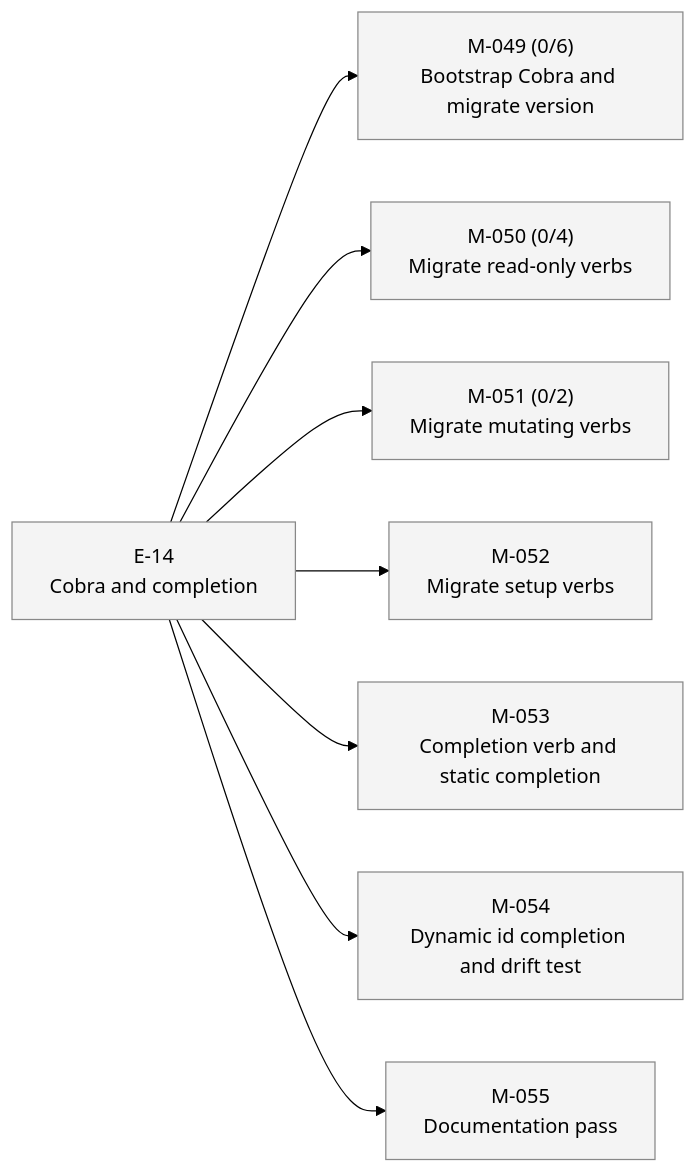
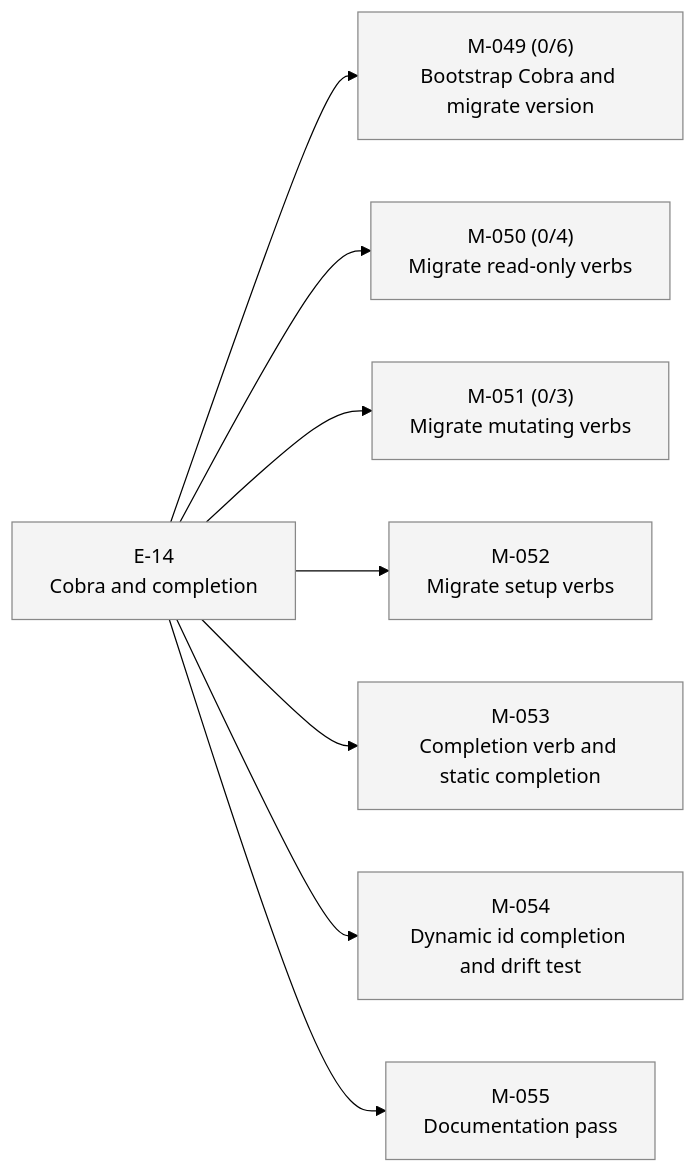
One commit to 23min/aiwf changed the second of 2 diagrams in STATUS.md. Above: the diagram before and after it, drawn with Mermaid (forest theme). The commit also changed other lines of this file and 1 other file, not shown here.

````diff
--- a/STATUS.md
+++ b/STATUS.md
@@ -38,24 +38,24 @@
 ```mermaid
 flowchart LR
   E_14["E-14<br/>Cobra and completion"]:::epic_proposed
   M_049["M-049 (0/6)<br/>Bootstrap Cobra and migrate version"]:::ms_draft
   E_14 --> M_049
   M_050["M-050 (0/4)<br/>Migrate read-only verbs"]:::ms_draft
   E_14 --> M_050
-  M_051["M-051 (0/2)<br/>Migrate mutating verbs"]:::ms_draft
+  M_051["M-051 (0/3)<br/>Migrate mutating verbs"]:::ms_draft
   E_14 --> M_051
   M_052["M-052<br/>Migrate setup verbs"]:::ms_draft
   E_14 --> M_052
   M_053["M-053<br/>Completion verb and static completion"]:::ms_draft
   E_14 --> M_053
   M_054["M-054<br/>Dynamic id completion and drift test"]:::ms_draft
   E_14 --> M_054
   M_055["M-055<br/>Documentation pass"]:::ms_draft
   E_14 --> M_055
   classDef epic_active fill:#d6eaff,stroke:#1a73e8,color:#000
   classDef epic_proposed fill:#f4f4f4,stroke:#888,color:#000
   classDef ms_done fill:#d8f5d8,stroke:#2a8a2a,color:#000
   classDef ms_in_progress fill:#fff3c4,stroke:#caa400,color:#000
   classDef ms_draft fill:#f4f4f4,stroke:#888,color:#000
   classDef ms_cancelled fill:#fbeaea,stroke:#c33,color:#000
 ```
````
